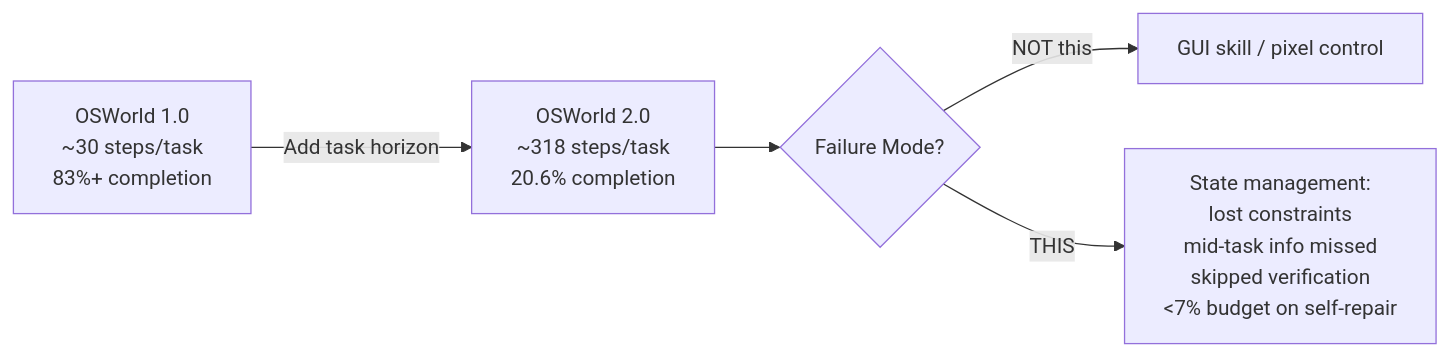
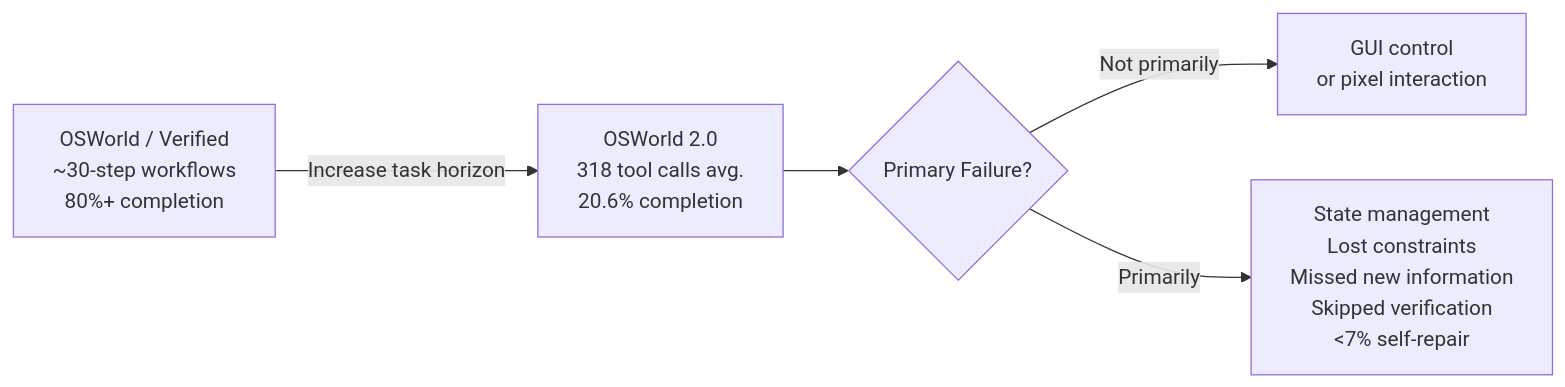
The diagram in posts/the-long-horizon-wall-why-osworld-2-0-makes-short-horizon-be.md (minwu-ai/minwu-ai.github.io), drawn with Mermaid before and after one commit. The commit also changed other lines of this file, not shown here.

````diff
--- a/posts/the-long-horizon-wall-why-osworld-2-0-makes-short-horizon-be.md
+++ b/posts/the-long-horizon-wall-why-osworld-2-0-makes-short-horizon-be.md
@@ -27,7 +37,7 @@
 ```mermaid
 graph LR
-    A["OSWorld 1.0<br/>~30 steps/task<br/>83%+ completion"] -->|"Add task horizon"| B["OSWorld 2.0<br/>~318 steps/task<br/>20.6% completion"]
-    B --> C{Failure Mode?}
-    C -->|"NOT this"| D["GUI skill / pixel control"]
-    C -->|"THIS"| E["State management:<br/>lost constraints<br/>mid-task info missed<br/>skipped verification<br/><7% budget on self-repair"]
+    A["OSWorld / Verified<br/>~30-step workflows<br/>80%+ completion"] -->|"Increase task horizon"| B["OSWorld 2.0<br/>318 tool calls avg.<br/>20.6% completion"]
+    B --> C{Primary Failure?}
+    C -->|"Not primarily"| D["GUI control<br/>or pixel interaction"]
+    C -->|"Primarily"| E["State management<br/>Lost constraints<br/>Missed new information<br/>Skipped verification<br/>&lt;7% self-repair"]
 ```
````
